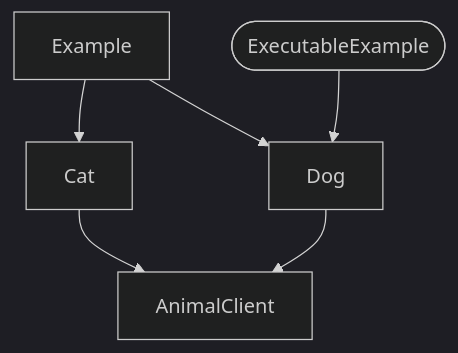
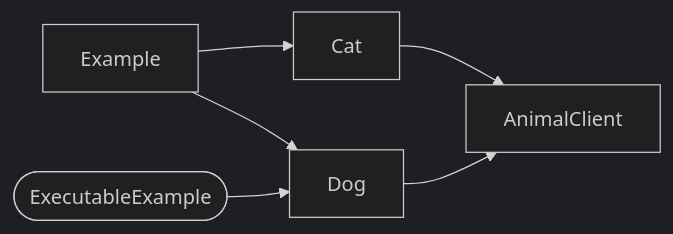
Before and after one commit to daikimat/depermaid: the third of 8 diagrams in README.md, drawn with Mermaid (dark theme). The commit also changed other lines of this file and 2 other files, not shown here.

````diff
--- a/README.md
+++ b/README.md
@@ -67,9 +67,9 @@
 ```mermaid
-flowchart TD
+flowchart LR
     AnimalClient
     Cat-->AnimalClient
     Dog-->AnimalClient
     Example-->Cat
     Example-->Dog
     ExecutableExample([ExecutableExample])-->Dog
 ```
````
